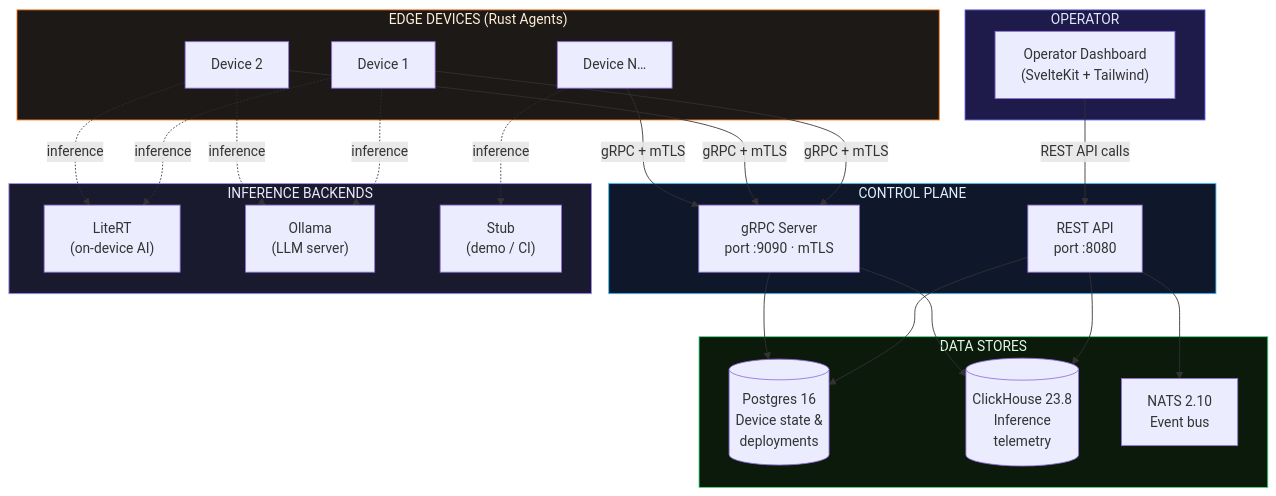
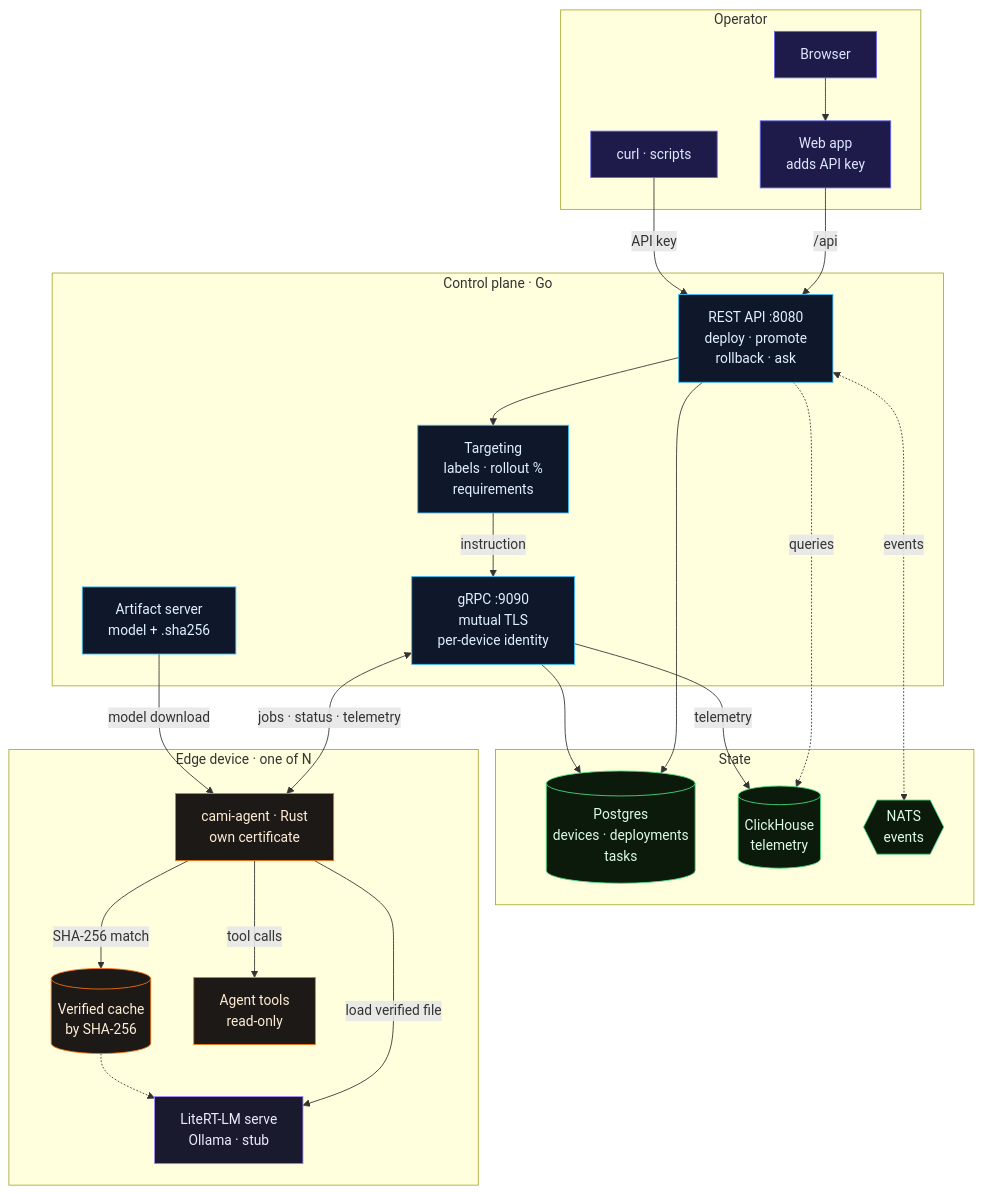
The second of 2 diagrams in README.md (madosh/EDGE-LLM), drawn with Mermaid before and after one commit. The commit also changed other lines of this file and 38 other files, not shown here.

First line of the commit message:
Desired-state rollout, rollback, model requirements, on-device AI agent (#6)

````diff
--- a/README.md
+++ b/README.md
@@ -53,59 +73,51 @@
 ```mermaid
 flowchart TB
-    %% ─── Top Layer: Operator ───
-    subgraph OPERATOR["OPERATOR"]
-        UI["Operator Dashboard\n(SvelteKit + Tailwind)"]
+    subgraph OPS["Operator"]
+        BROWSER["Browser"]
+        WEB["Web app<br/>adds API key"]
+        CLI["curl · scripts"]
     end
-
-    %% ─── Middle Layer: Control Plane ───
-    subgraph CLOUD["CONTROL PLANE"]
-        API["REST API\nport :8080"]
-        GRPC["gRPC Server\nport :9090 · mTLS"]
+    subgraph CP["Control plane · Go"]
+        REST["REST API :8080<br/>deploy · promote<br/>rollback · ask"]
+        FLEET["Targeting<br/>labels · rollout %<br/>requirements"]
+        GRPC["gRPC :9090<br/>mutual TLS<br/>per-device identity"]
+        FILES["Artifact server<br/>model + .sha256"]
     end
-
-    %% ─── Data Stores ───
-    subgraph STORES["DATA STORES"]
-        PG[("Postgres 16\nDevice state &\ndeployments")]
-        CH[("ClickHouse 23.8\nInference\ntelemetry")]
-        NATS["NATS 2.10\nEvent bus"]
+    subgraph DATA["State"]
+        PG[("Postgres<br/>devices · deployments<br/>tasks")]
+        CH[("ClickHouse<br/>telemetry")]
+        NATS{{"NATS<br/>events"}}
     end
-
-    %% ─── Bottom Layer: Edge Devices ───
-    subgraph EDGE["EDGE DEVICES (Rust Agents)"]
-        D1["Device 1"]
-        D2["Device 2"]
-        DN["Device N…"]
+    subgraph EDGE["Edge device · one of N"]
+        AGENT["cami-agent · Rust<br/>own certificate"]
+        CACHE[("Verified cache<br/>by SHA-256")]
+        RUNTIME["LiteRT-LM serve<br/>Ollama · stub"]
+        TOOLS["Agent tools<br/>read-only"]
     end
-
-    %% ─── Inference Runtimes ───
-    subgraph RUNTIME["INFERENCE BACKENDS"]
-        LR["LiteRT\n(on-device AI)"]
-        OL["Ollama\n(LLM server)"]
-        ST["Stub\n(demo / CI)"]
-    end
-
-    %% ─── Connections ───
-    UI -->|"REST API calls"| API
-    API --> PG
-    API --> CH
-    API --> NATS
+    BROWSER --> WEB
+    WEB -->|"/api"| REST
+    CLI -->|"API key"| REST
+    REST --> FLEET
+    FLEET -->|"instruction"| GRPC
+    REST --> PG
+    REST <-.->|"events"| NATS
+    REST -.->|"queries"| CH
     GRPC --> PG
-    GRPC --> CH
-
-    D1 -->|"gRPC + mTLS"| GRPC
-    D2 -->|"gRPC + mTLS"| GRPC
-    DN -->|"gRPC + mTLS"| GRPC
-
-    D1 -.->|"inference"| LR
-    D1 -.->|"inference"| OL
-    D2 -.->|"inference"| LR
-    D2 -.->|"inference"| OL
-    DN -.->|"inference"| ST
-
-    %% ─── Styling ───
-    style OPERATOR fill:#1e1b4b,stroke:#6366f1,color:#e0e7ff
-    style CLOUD fill:#0f172a,stroke:#38bdf8,color:#e0f2fe
-    style STORES fill:#0c1a0c,stroke:#4ade80,color:#dcfce7
-    style EDGE fill:#1c1917,stroke:#f97316,color:#ffedd5
-    style RUNTIME fill:#1a1a2e,stroke:#a78bfa,color:#ede9fe
+    GRPC -->|"telemetry"| CH
+    GRPC <-->|"jobs · status · telemetry"| AGENT
+    FILES -->|"model download"| AGENT
+    AGENT -->|"SHA-256 match"| CACHE
+    AGENT -->|"load verified file"| RUNTIME
+    CACHE -.-> RUNTIME
+    AGENT -->|"tool calls"| TOOLS
+    classDef person fill:#1e1b4b,stroke:#6366f1,color:#e0e7ff
+    classDef cloud fill:#0f172a,stroke:#38bdf8,color:#e0f2fe
+    classDef store fill:#0c1a0c,stroke:#4ade80,color:#dcfce7
+    classDef edge fill:#1c1917,stroke:#f97316,color:#ffedd5
+    classDef model fill:#1a1a2e,stroke:#a78bfa,color:#ede9fe
+    class BROWSER,WEB,CLI person
+    class REST,FLEET,GRPC,FILES cloud
+    class PG,CH,NATS store
+    class AGENT,CACHE,TOOLS edge
+    class RUNTIME model
 ```
````
